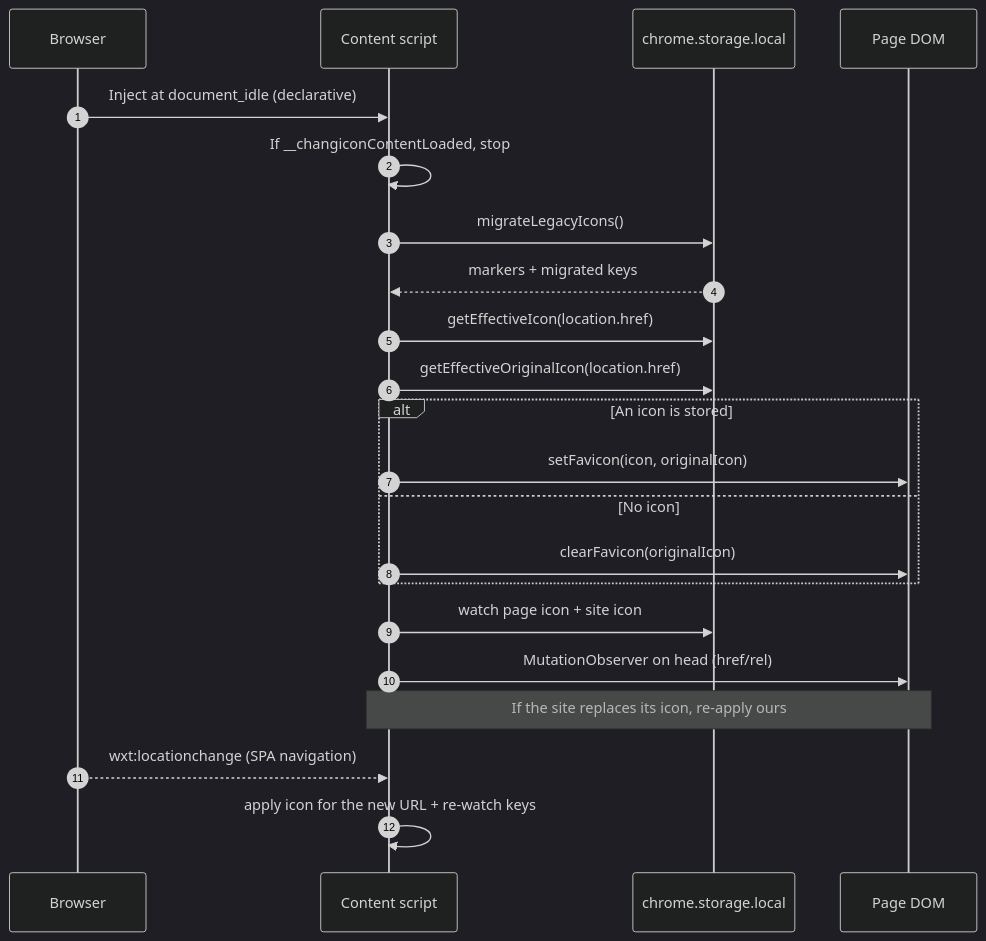
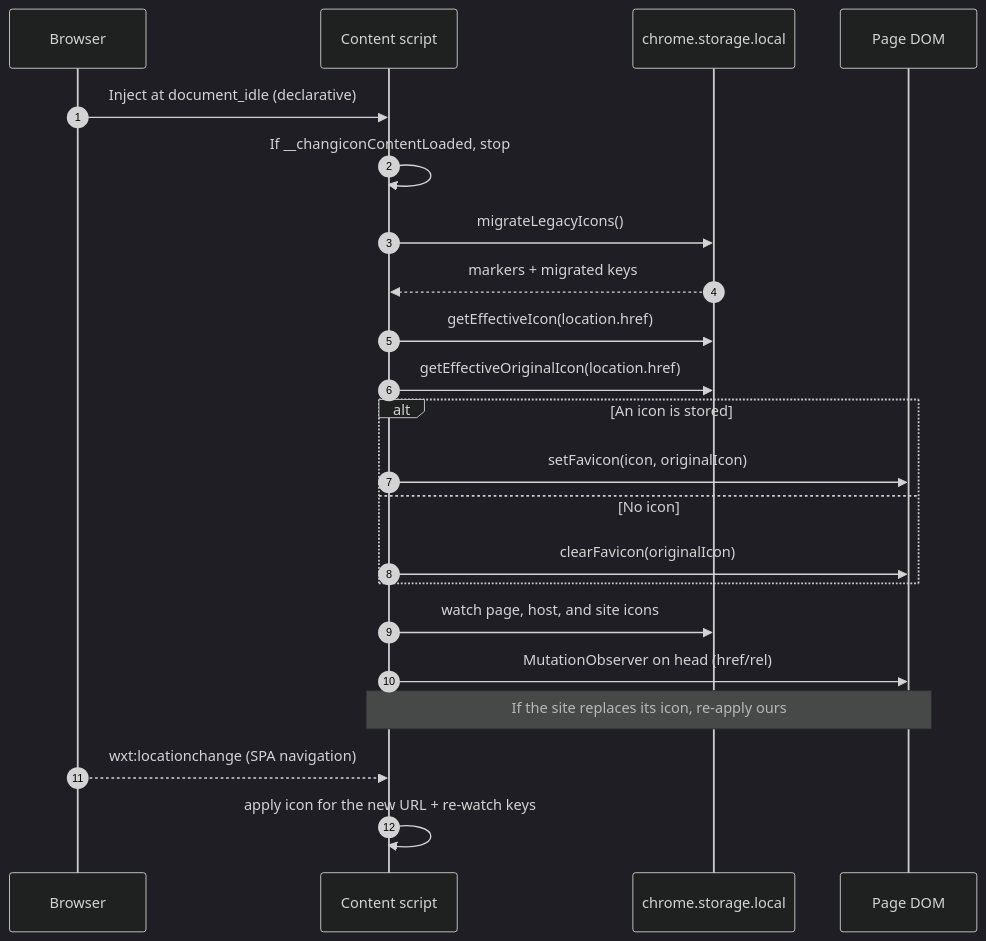
One commit to niexia/customize-tab-icon changed the third of 9 diagrams in docs/architecture.md. Above: the diagram before and after it, drawn with Mermaid (dark theme). The commit also changed other lines of this file and 13 other files, not shown here.

First line of the commit message:
feat(scope): add a per-host icon scope

````diff
--- a/docs/architecture.md
+++ b/docs/architecture.md
@@ -173,28 +188,28 @@
 ```mermaid
 sequenceDiagram
   autonumber
   participant B as Browser
   participant C as Content script
   participant S as chrome.storage.local
   participant D as Page DOM
 
   B->>C: Inject at document_idle (declarative)
   C->>C: If __changiconContentLoaded, stop
   C->>S: migrateLegacyIcons()
   S-->>C: markers + migrated keys
 
   C->>S: getEffectiveIcon(location.href)
   C->>S: getEffectiveOriginalIcon(location.href)
   alt An icon is stored
     C->>D: setFavicon(icon, originalIcon)
   else No icon
     C->>D: clearFavicon(originalIcon)
   end
 
-  C->>S: watch page icon + site icon
+  C->>S: watch page, host, and site icons
   C->>D: MutationObserver on head (href/rel)
   Note over C,D: If the site replaces its icon, re-apply ours
 
   B-->>C: wxt:locationchange (SPA navigation)
   C->>C: apply icon for the new URL + re-watch keys
 ```
````
